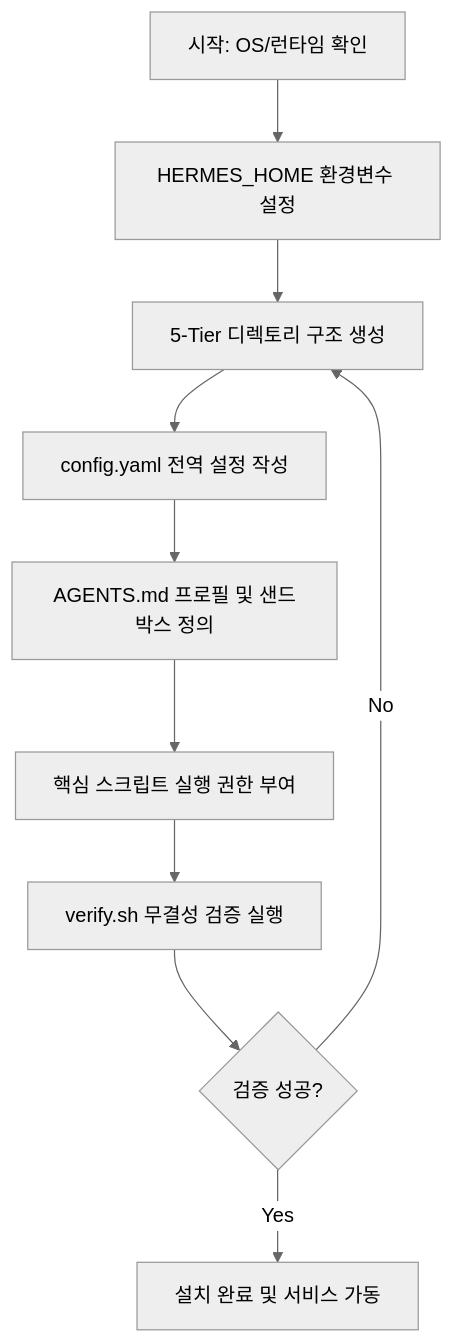
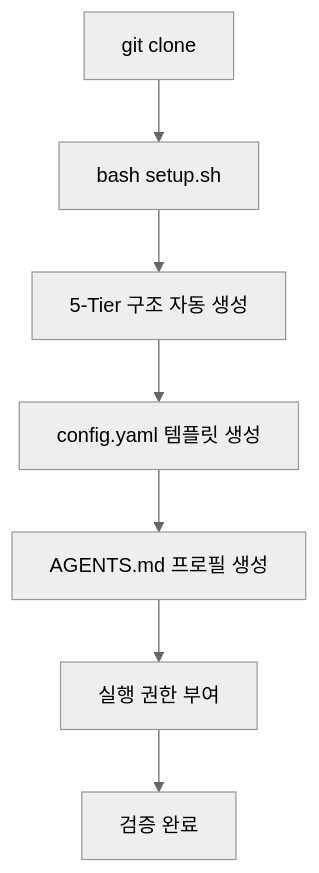
One commit to pheanor-agent/p-hermes changed the diagram in docs/wiki/getting-started/install.md. Above: the diagram before and after it, drawn with Mermaid (neutral theme). The commit also changed other lines of this file and 22 other files, not shown here.

````diff
--- a/docs/wiki/getting-started/install.md
+++ b/docs/wiki/getting-started/install.md
@@ -41,12 +34,9 @@
 ```mermaid
 graph TD
-    A[시작: OS/런타임 확인] --> B[HERMES_HOME 환경변수 설정]
-    B --> C[5-Tier 디렉토리 구조 생성]
-    C --> D[config.yaml 전역 설정 작성]
-    D --> E[AGENTS.md 프로필 및 샌드박스 정의]
-    E --> F[핵심 스크립트 실행 권한 부여]
-    F --> G[verify.sh 무결성 검증 실행]
-    G --> H{검증 성공?}
-    H -- No --> C
-    H -- Yes --> I[설치 완료 및 서비스 가동]
+    A[git clone] --> B[bash setup.sh]
+    B --> C[5-Tier 구조 자동 생성]
+    C --> D[config.yaml 템플릿 생성]
+    D --> E[AGENTS.md 프로필 생성]
+    E --> F[실행 권한 부여]
+    F --> G[검증 완료]
 ```
````
